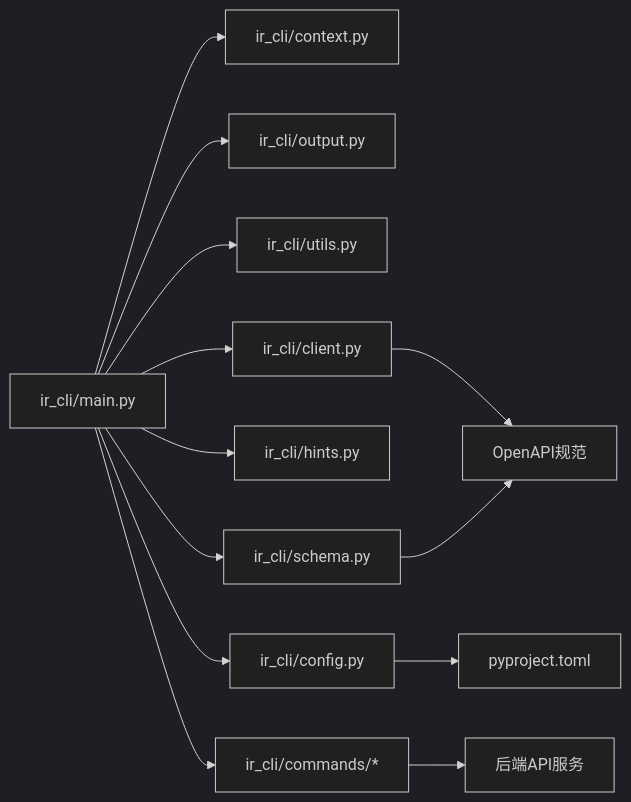
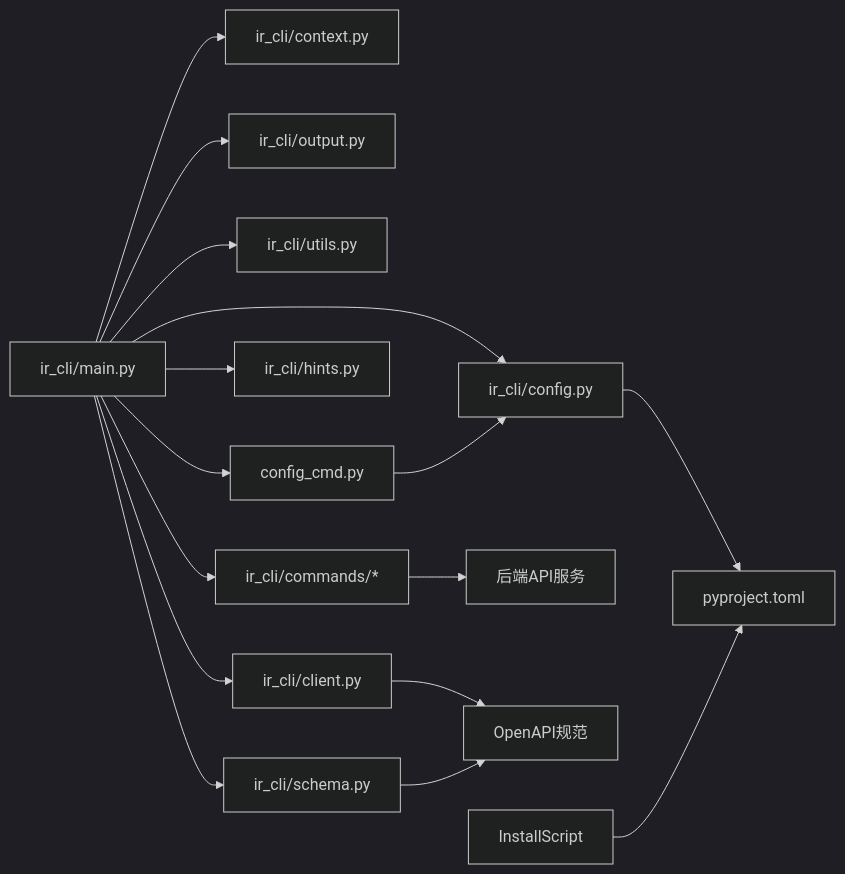
One commit to gujialind/InvestRing changed the seventh of 7 diagrams in .qoder/repowiki/zh/content/开发指南/InvestRing Admin CLI 工具.md. Above: the diagram before and after it, drawn with Mermaid (dark theme). The commit also changed other lines of this file and 1 other file, not shown here.

````diff
--- a/.qoder/repowiki/zh/content/开发指南/InvestRing Admin CLI 工具.md
+++ b/.qoder/repowiki/zh/content/开发指南/InvestRing Admin CLI 工具.md
@@ -426,15 +516,18 @@
 ```mermaid
 graph LR
 Main["ir_cli/main.py"] --> Ctx["ir_cli/context.py"]
 Main --> Out["ir_cli/output.py"]
 Main --> Utils["ir_cli/utils.py"]
 Main --> Schema["ir_cli/schema.py"]
 Main --> Hints["ir_cli/hints.py"]
 Main --> Config["ir_cli/config.py"]
 Main --> Client["ir_cli/client.py"]
 Main --> Cmds["ir_cli/commands/*"]
+Main --> ConfigCmd["config_cmd.py"]
 Cmds --> Services["后端API服务"]
 Client --> API["OpenAPI规范"]
 Config --> PyProj["pyproject.toml"]
+ConfigCmd --> Config
+InstallScript --> PyProj
 Schema --> API
 ```
````
